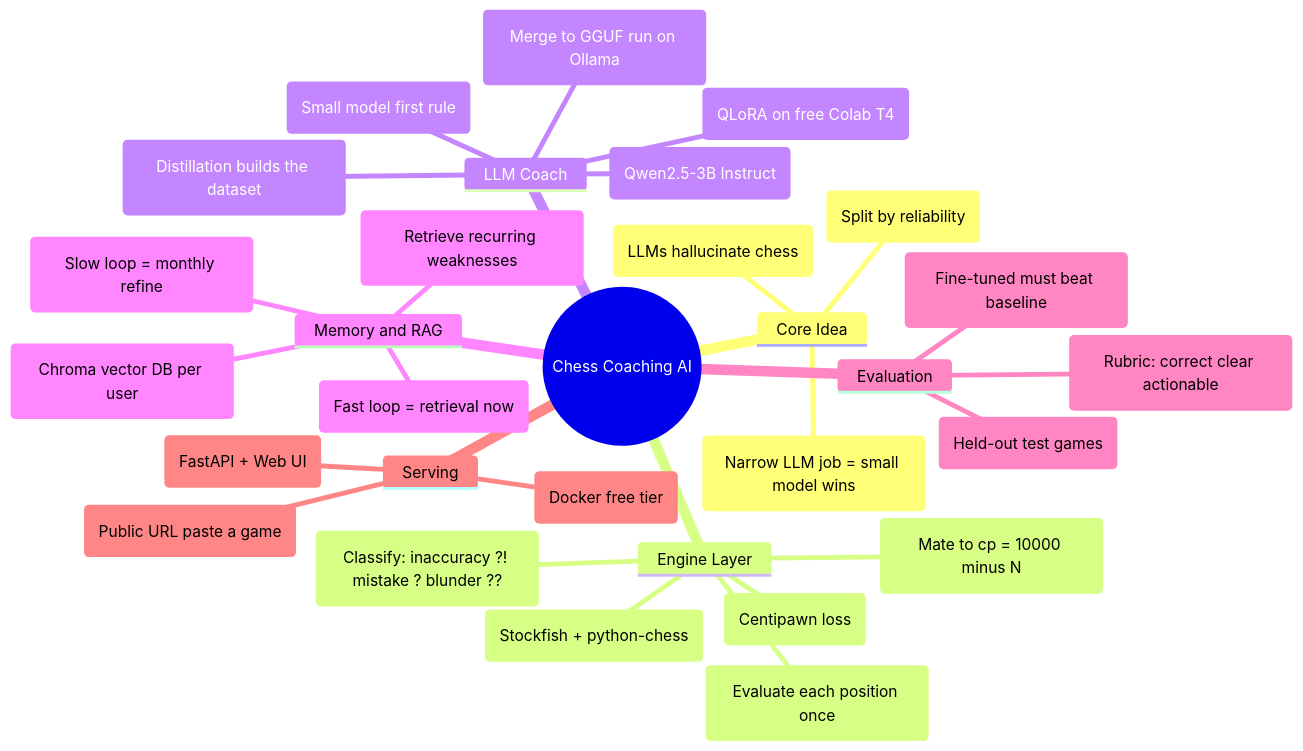
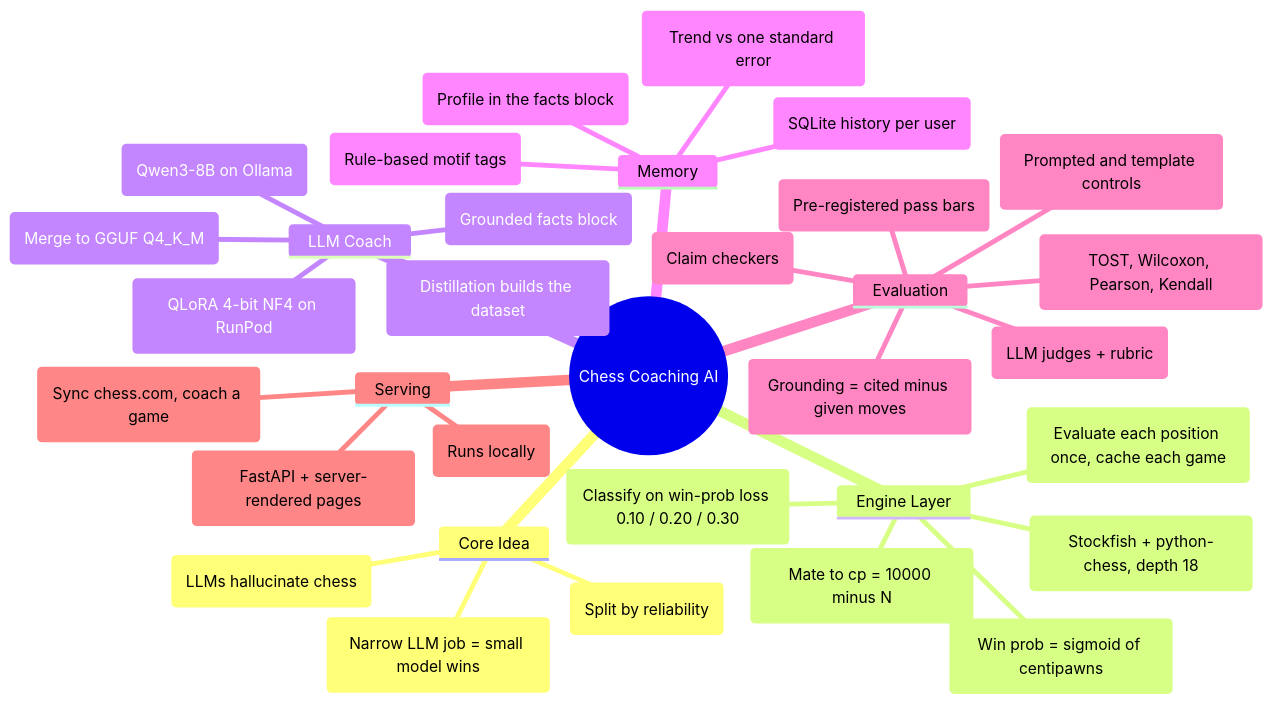
Before and after one commit to mishal9/AI-Chess-Coach: the diagram in docs/concept-mindmap.md, drawn with Mermaid. The commit also changed other lines of this file and 2 other files, not shown here.

````diff
--- a/docs/concept-mindmap.md
+++ b/docs/concept-mindmap.md
@@ -6,33 +6,36 @@
 ```mermaid
 mindmap
   root(("Chess Coaching AI"))
     Core Idea
       ("LLMs hallucinate chess")
       ("Split by reliability")
       ("Narrow LLM job = small model wins")
     Engine Layer
-      ("Stockfish + python-chess")
-      ("Centipawn loss")
-      ("Classify: inaccuracy ?! mistake ? blunder ??")
+      ("Stockfish + python-chess, depth 18")
+      ("Win prob = sigmoid of centipawns")
+      ("Classify on win-prob loss 0.10 / 0.20 / 0.30")
       ("Mate to cp = 10000 minus N")
-      ("Evaluate each position once")
+      ("Evaluate each position once, cache each game")
     LLM Coach
-      ("Qwen2.5-3B Instruct")
-      ("QLoRA on free Colab T4")
-      ("Merge to GGUF run on Ollama")
+      ("Qwen3-8B on Ollama")
+      ("Grounded facts block")
+      ("QLoRA 4-bit NF4 on RunPod")
+      ("Merge to GGUF Q4_K_M")
       ("Distillation builds the dataset")
-      ("Small model first rule")
-    Memory and RAG
-      ("Chroma vector DB per user")
-      ("Retrieve recurring weaknesses")
-      ("Fast loop = retrieval now")
-      ("Slow loop = monthly refine")
+    Memory
+      ("SQLite history per user")
+      ("Rule-based motif tags")
+      ("Profile in the facts block")
+      ("Trend vs one standard error")
     Evaluation
-      ("Held-out test games")
-      ("Rubric: correct clear actionable")
-      ("Fine-tuned must beat baseline")
+      ("Grounding = cited minus given moves")
+      ("Claim checkers")
+      ("LLM judges + rubric")
+      ("Prompted and template controls")
+      ("TOST, Wilcoxon, Pearson, Kendall")
+      ("Pre-registered pass bars")
     Serving
-      ("FastAPI + Web UI")
-      ("Docker free tier")
-      ("Public URL paste a game")
+      ("FastAPI + server-rendered pages")
+      ("Sync chess.com, coach a game")
+      ("Runs locally")
 ```
````
